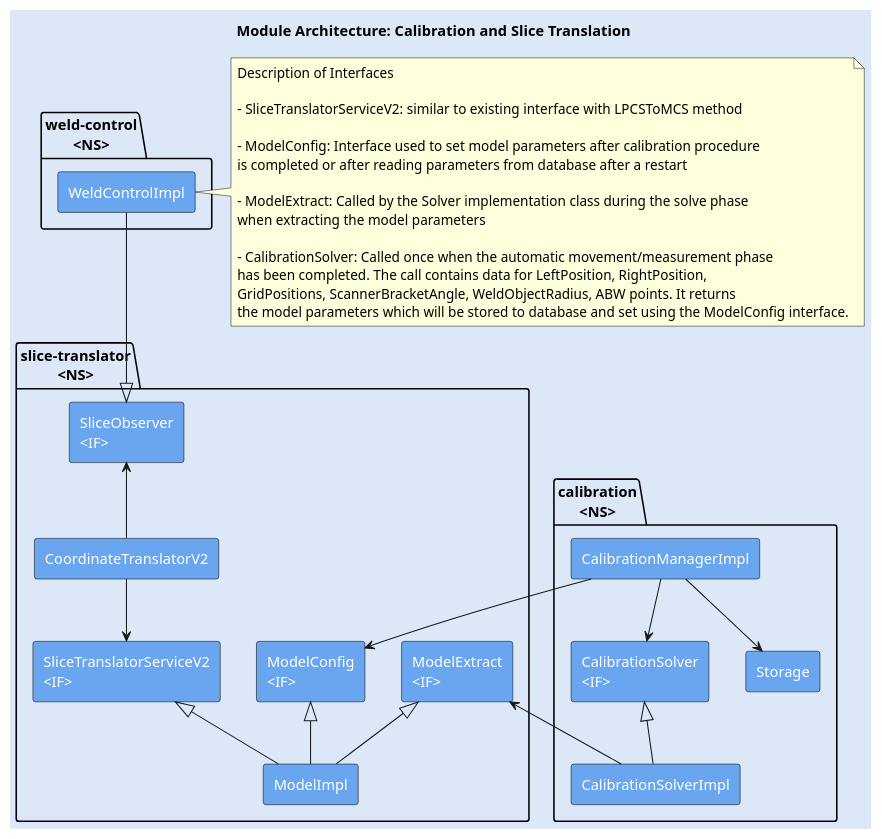
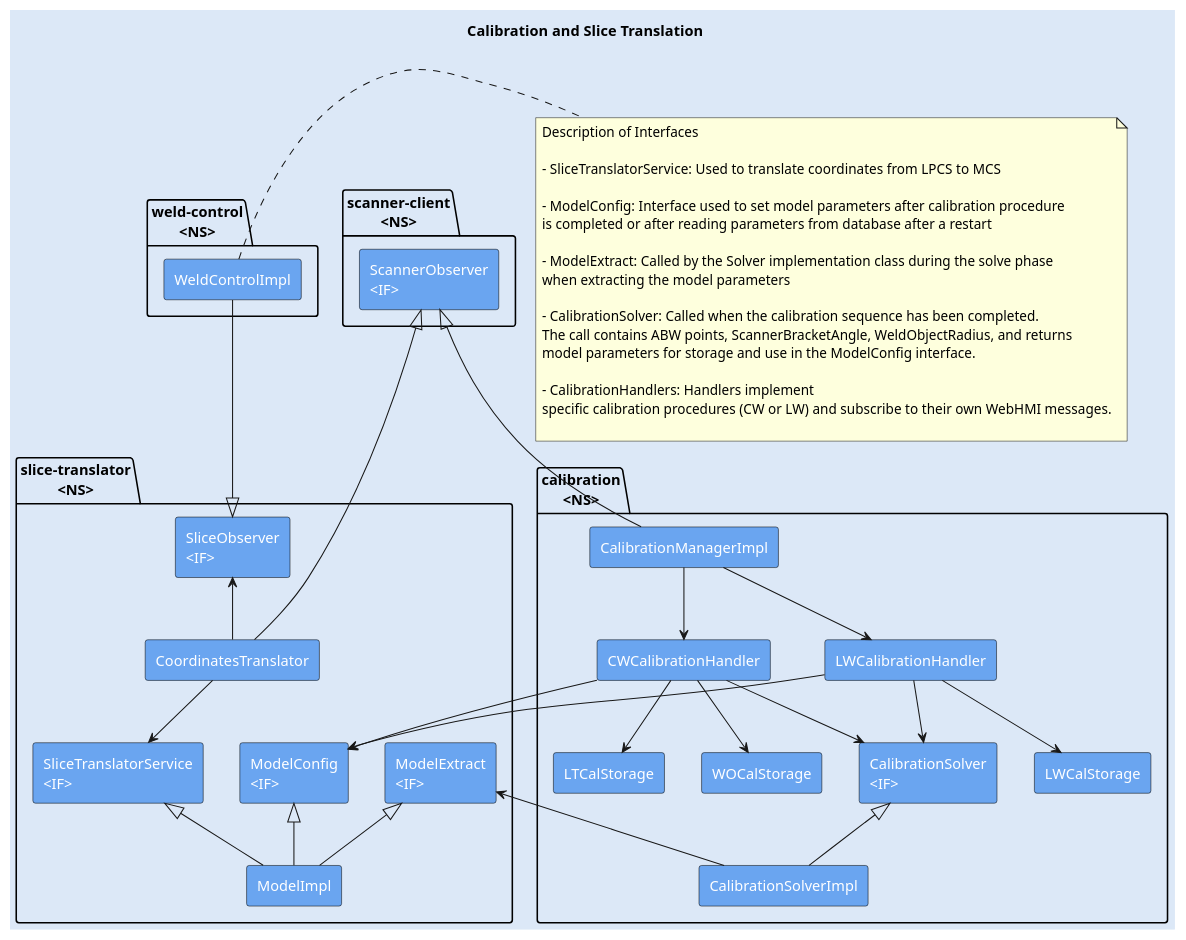
Before and after one commit to usrk04134-droid/adapt: the diagram in adaptio/src/main/calibration/docs/calibration_class_diagram.md, drawn with PlantUML. The commit also changed 51 other files, not shown here.

````diff
--- a/adaptio/src/main/calibration/docs/calibration_class_diagram.md
+++ b/adaptio/src/main/calibration/docs/calibration_class_diagram.md
@@ -3,6 +3,6 @@
 ```plantuml
 
-title Module Architecture: Calibration and Slice Translation
+title Calibration and Slice Translation
 
 skinparam backgroundColor #DCE8F7
 skinparam rectangle {
@@ -23,15 +23,23 @@
 
 package "calibration\n<NS>" {
     rectangle "CalibrationManagerImpl" as CalibrationManagerImpl
+    rectangle "CWCalibrationHandler" as CWCalibrationHandler
+    rectangle "LWCalibrationHandler" as LWCalibrationHandler
     rectangle "CalibrationSolver\n<IF>" as CalibrationSolver
     rectangle "CalibrationSolverImpl" as CalibrationSolverImpl
-    rectangle "Storage" as Storage
+    rectangle "WOCalStorage" as WOCalStorage
+    rectangle "LTCalStorage" as LTCalStorage
+    rectangle "LWCalStorage" as LWCalStorage
+}
+
+package "scanner-client\n<NS>" {
+    rectangle "ScannerObserver\n<IF>" as ScannerObserver
 }
 
 package "slice-translator\n<NS>" {
     rectangle "SliceObserver\n<IF>" as SliceObserver
-    rectangle "CoordinateTranslatorV2" as CoordinateTranslator
-    rectangle "SliceTranslatorServiceV2\n<IF>" as SliceTranslatorServiceV2
+    rectangle "CoordinatesTranslator" as CoordinatesTranslator
+    rectangle "SliceTranslatorService\n<IF>" as SliceTranslatorService
     rectangle "ModelImpl" as ModelImpl
     rectangle "ModelConfig\n<IF>" as ModelConfig
     rectangle "ModelExtract\n<IF>" as ModelExtract
@@ -40,15 +48,24 @@
 ' Relationships
 WeldControlImpl -down-|> SliceObserver
 
-CalibrationManagerImpl --> CalibrationSolver
-CalibrationManagerImpl --> Storage
-CalibrationManagerImpl --> ModelConfig
+CalibrationManagerImpl -up-|> ScannerObserver
+CalibrationManagerImpl --> CWCalibrationHandler
+CalibrationManagerImpl --> LWCalibrationHandler
+
+CWCalibrationHandler --> CalibrationSolver
+CWCalibrationHandler --> WOCalStorage
+CWCalibrationHandler --> LTCalStorage
+CWCalibrationHandler --> ModelConfig
+LWCalibrationHandler --> CalibrationSolver
+LWCalibrationHandler --> LWCalStorage
+LWCalibrationHandler --> ModelConfig
 CalibrationSolverImpl -up-|> CalibrationSolver
 CalibrationSolverImpl -up-> ModelExtract
 
-CoordinateTranslator -up-> SliceObserver
-CoordinateTranslator --> SliceTranslatorServiceV2
-ModelImpl -up-|> SliceTranslatorServiceV2
+CoordinatesTranslator -up-|> ScannerObserver
+CoordinatesTranslator -up-> SliceObserver
+CoordinatesTranslator --> SliceTranslatorService
+ModelImpl -up-|> SliceTranslatorService
 ModelImpl -up-|> ModelConfig
 ModelImpl -up-|> ModelExtract
 
@@ -56,7 +73,7 @@
 note right of WeldControlImpl
 Description of Interfaces
 
-- SliceTranslatorServiceV2: similar to existing interface with LPCSToMCS method
+- SliceTranslatorService: Used to translate coordinates from LPCS to MCS
 
 - ModelConfig: Interface used to set model parameters after calibration procedure
 is completed or after reading parameters from database after a restart
@@ -64,10 +81,13 @@
 - ModelExtract: Called by the Solver implementation class during the solve phase
 when extracting the model parameters
 
-- CalibrationSolver: Called once when the automatic movement/measurement phase
-has been completed. The call contains data for LeftPosition, RightPosition,
-GridPositions, ScannerBracketAngle, WeldObjectRadius, ABW points. It returns
-the model parameters which will be stored to database and set using the ModelConfig interface.
+- CalibrationSolver: Called when the calibration sequence has been completed. 
+The call contains ABW points, ScannerBracketAngle, WeldObjectRadius, and returns
+model parameters for storage and use in the ModelConfig interface.
+
+- CalibrationHandlers: Handlers implement
+specific calibration procedures (CW or LW) and subscribe to their own WebHMI messages.
+
 end note
 
 
````
